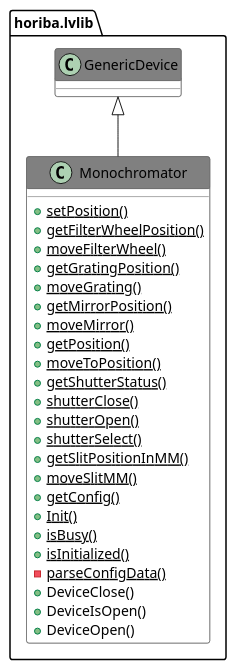
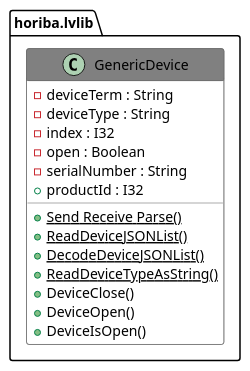
Before and after one commit to HORIBAEzSpecSDK/labview-sdk: the diagram in docs/Includes/010.adoc, drawn with PlantUML. The commit also changed other lines of this file and 527 other files, not shown here.

```diff
--- a/docs/Includes/010.adoc
+++ b/docs/Includes/010.adoc
@@ -9,42 +9,31 @@
 [plantuml, format="svg", align="center"]
 ....
 @startuml
 set namespaceSeparator :
 skinparam ClassBackgroundColor #FFFFFF
 skinparam ClassBorderColor #555555
 skinparam ClassFontColor #000000
 skinparam ClassHeaderBackgroundColor #808080
 
 skinparam top to bottom direction
-class "horiba.lvlib:Monochromator" {
-{static} {method} +setPosition()
-{static} {method} +getFilterWheelPosition()
-{static} {method} +moveFilterWheel()
-{static} {method} +getGratingPosition()
-{static} {method} +moveGrating()
-{static} {method} +getMirrorPosition()
-{static} {method} +moveMirror()
-{static} {method} +getPosition()
-{static} {method} +moveToPosition()
-{static} {method} +getShutterStatus()
-{static} {method} +shutterClose()
-{static} {method} +shutterOpen()
-{static} {method} +shutterSelect()
-{static} {method} +getSlitPositionInMM()
-{static} {method} +moveSlitMM()
-{static} {method} +getConfig()
-{static} {method} +Init()
-{static} {method} +isBusy()
-{static} {method} +isInitialized()
-{static} {method} -parseConfigData()
+class "horiba.lvlib:GenericDevice" {
+{field} -deviceTerm : String
+{field} -deviceType : String
+{field} -index : I32
+{field} -open : Boolean
+{field} -serialNumber : String
+{field} +productId : I32
+{static} {method} +Send Receive Parse()
+{static} {method} +ReadDeviceJSONList()
+{static} {method} +DecodeDeviceJSONList()
+{static} {method} +ReadDeviceTypeAsString()
 {method} +DeviceClose()
+{method} +DeviceOpen()
 {method} +DeviceIsOpen()
-{method} +DeviceOpen()
 
 }
-"horiba.lvlib:GenericDevice" <|-- "horiba.lvlib:Monochromator"
 
 
 
 @enduml
 ....
```
